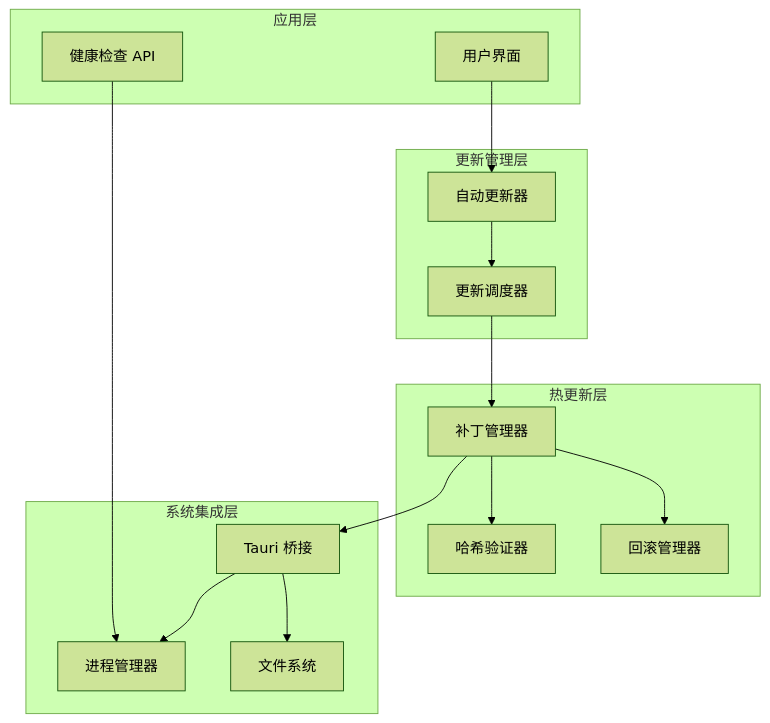
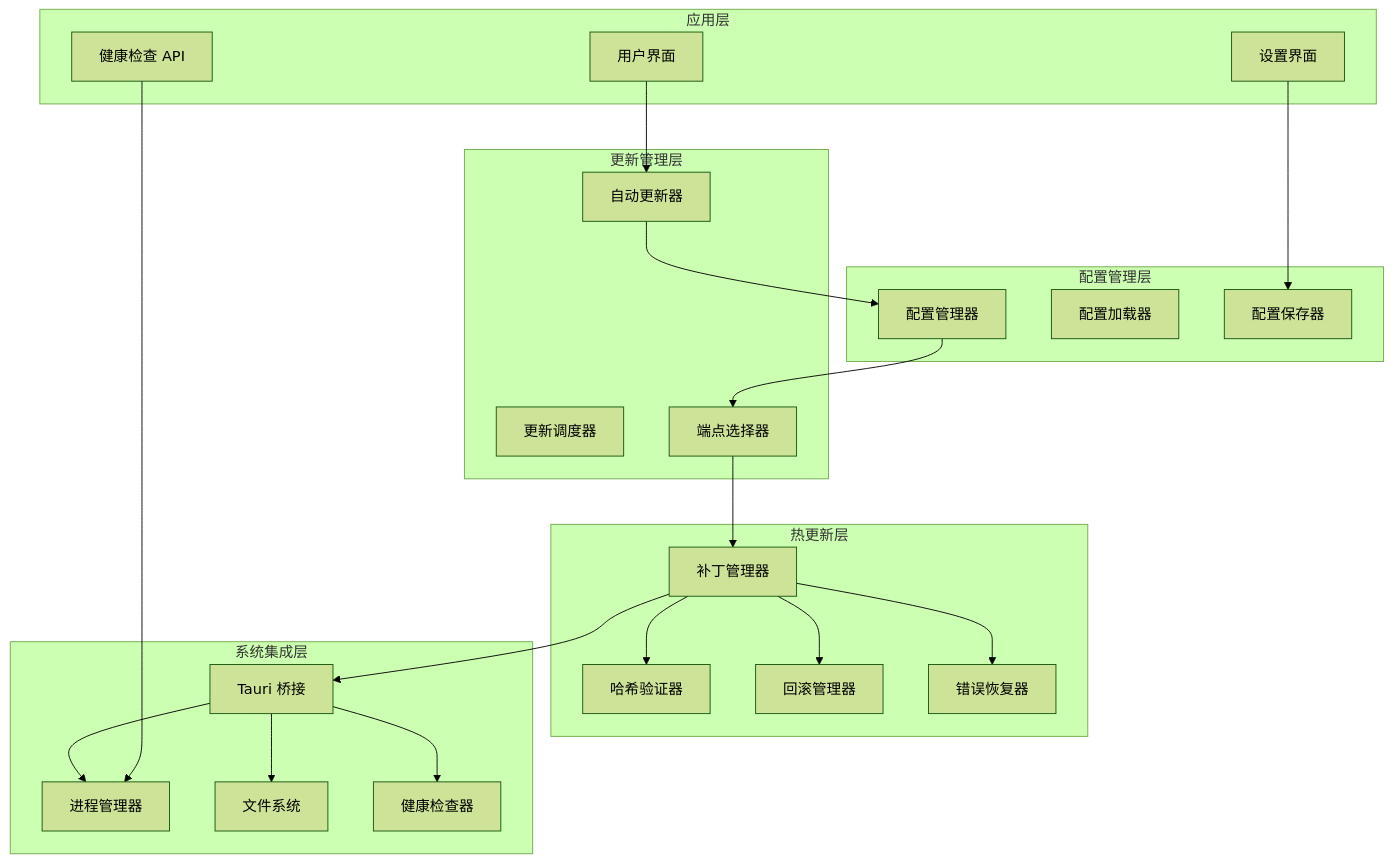
The second of 10 diagrams in .qoder/repowiki/zh/content/核心功能模块/热更新系统.md (ggtiger/SSTS), drawn with Mermaid (forest theme) before and after one commit. The commit also changed other lines of this file and 12 other files, not shown here.

````diff
--- a/.qoder/repowiki/zh/content/核心功能模块/热更新系统.md
+++ b/.qoder/repowiki/zh/content/核心功能模块/热更新系统.md
@@ -102,30 +135,43 @@
 ```mermaid
 graph TB
 subgraph "应用层"
 UI[用户界面]
 API[健康检查 API]
+Settings[设置界面]
+end
+subgraph "配置管理层"
+ConfigManager[配置管理器]
+ConfigLoader[配置加载器]
+ConfigSaver[配置保存器]
 end
 subgraph "更新管理层"
 AutoUpdater[自动更新器]
 UpdateScheduler[更新调度器]
+EndpointSelector[端点选择器]
 end
 subgraph "热更新层"
 DeltaManager[补丁管理器]
 HashVerifier[哈希验证器]
 RollbackManager[回滚管理器]
+ErrorRecovery[错误恢复器]
 end
 subgraph "系统集成层"
 TauriBridge[Tauri 桥接]
 ProcessManager[进程管理器]
 FileSystem[文件系统]
+HealthChecker[健康检查器]
 end
 UI --> AutoUpdater
-AutoUpdater --> UpdateScheduler
-UpdateScheduler --> DeltaManager
+AutoUpdater --> ConfigManager
+ConfigManager --> EndpointSelector
+EndpointSelector --> DeltaManager
 DeltaManager --> HashVerifier
 DeltaManager --> RollbackManager
+DeltaManager --> ErrorRecovery
 DeltaManager --> TauriBridge
 TauriBridge --> ProcessManager
 TauriBridge --> FileSystem
+TauriBridge --> HealthChecker
 API --> ProcessManager
+Settings --> ConfigSaver
 ```
````
